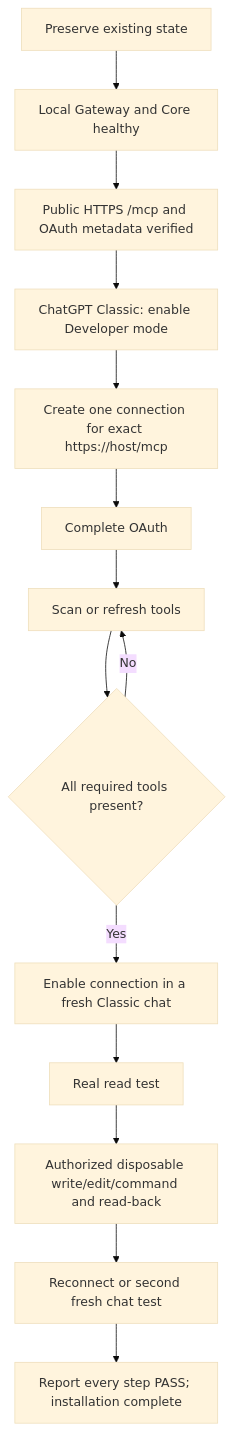
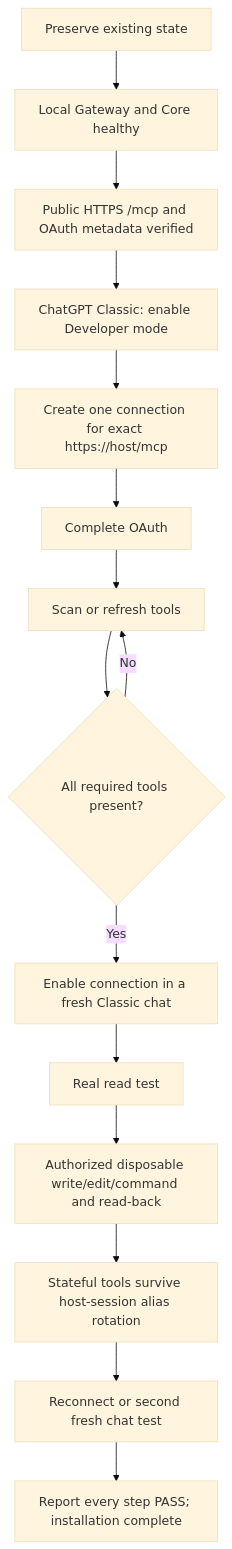
The diagram in docs/CHATGPT_CLASSIC_MCP_INSTALLATION.md (enwong93-sketch/devspace-ultra), drawn with Mermaid (base theme) before and after one commit. The commit also changed other lines of this file and 67 other files, not shown here.

````diff
--- a/docs/CHATGPT_CLASSIC_MCP_INSTALLATION.md
+++ b/docs/CHATGPT_CLASSIC_MCP_INSTALLATION.md
@@ -11,16 +11,17 @@
 ```mermaid
 flowchart TD
     A[Preserve existing state] --> B[Local Gateway and Core healthy]
     B --> C[Public HTTPS /mcp and OAuth metadata verified]
     C --> D[ChatGPT Classic: enable Developer mode]
     D --> E[Create one connection for exact https://host/mcp]
     E --> F[Complete OAuth]
     F --> G[Scan or refresh tools]
     G --> H{All required tools present?}
     H -- No --> G
     H -- Yes --> I[Enable connection in a fresh Classic chat]
     I --> J[Real read test]
     J --> K[Authorized disposable write/edit/command and read-back]
-    K --> L[Reconnect or second fresh chat test]
+    K --> K2[Stateful tools survive host-session alias rotation]
+    K2 --> L[Reconnect or second fresh chat test]
     L --> M[Report every step PASS; installation complete]
 ```
````
